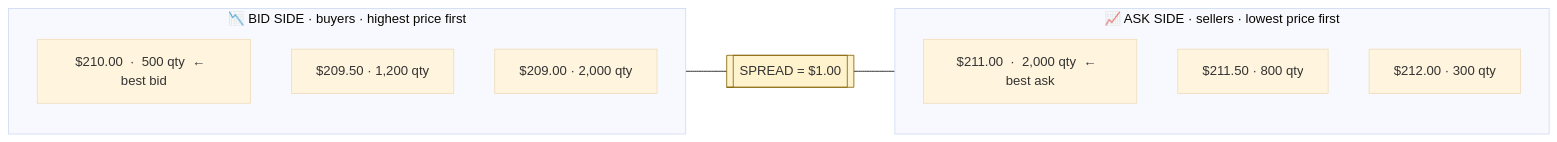
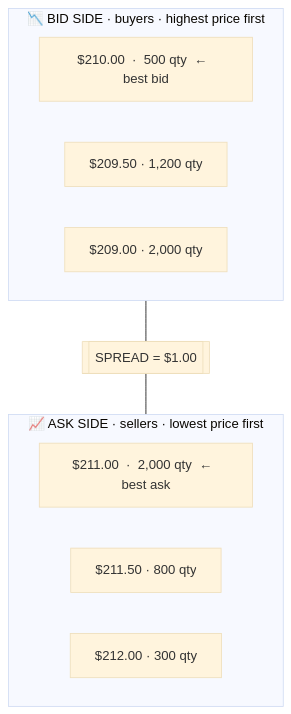
The third of 10 diagrams in docs/architecture/02-architecture-guide.md (johan162/EduMatcher), drawn with Mermaid (base theme) before and after one commit. The commit also changed other lines of this file, not shown here.

Commit message:
Cleaned up Mermaid graphs

````diff
--- a/docs/architecture/02-architecture-guide.md
+++ b/docs/architecture/02-architecture-guide.md
@@ -206,16 +199,15 @@
 ```mermaid
-graph LR
+graph TB
     subgraph BIDS["📉  BID SIDE  ·  buyers  ·  highest price first"]
         B1["$210.00  ·  500 qty  ←  best bid"]
         B2["$209.50  ·  1,200 qty"]
         B3["$209.00  ·  2,000 qty"]
     end
     SP[["SPREAD = $1.00"]]
     subgraph ASKS["📈  ASK SIDE  ·  sellers  ·  lowest price first"]
         A1["$211.00  ·  2,000 qty  ←  best ask"]
         A2["$211.50  ·  800 qty"]
         A3["$212.00  ·  300 qty"]
     end
     BIDS --- SP --- ASKS
-    style SP fill:#fff3cd,stroke:#856404
 ```
````
